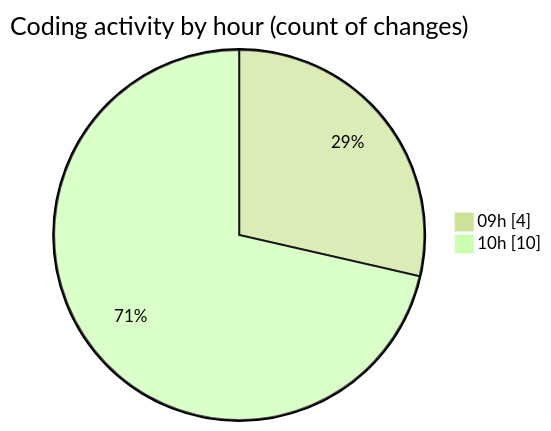
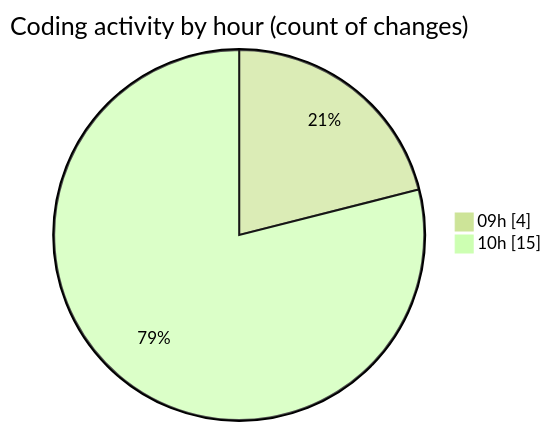
The second of 2 diagrams in 2025-08-20/cda/README.md (momahboobian/code-tracking), drawn with Mermaid (forest theme) before and after one commit. The commit also changed other lines of this file and 1 other file, not shown here.

````diff
--- a/2025-08-20/cda/README.md
+++ b/2025-08-20/cda/README.md
@@ -33,6 +33,6 @@
 ```mermaid
 pie showData
 title Coding activity by hour (count of changes)
 "09h" : 4
-"10h" : 10
+"10h" : 15
 ```
````
